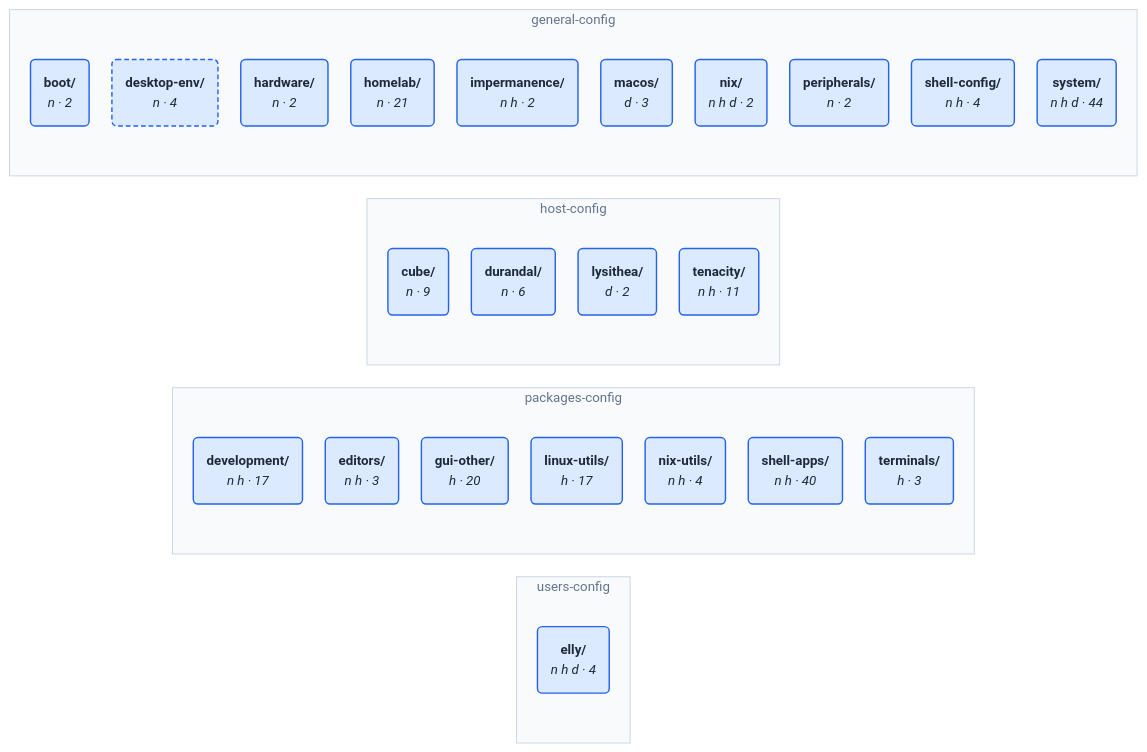
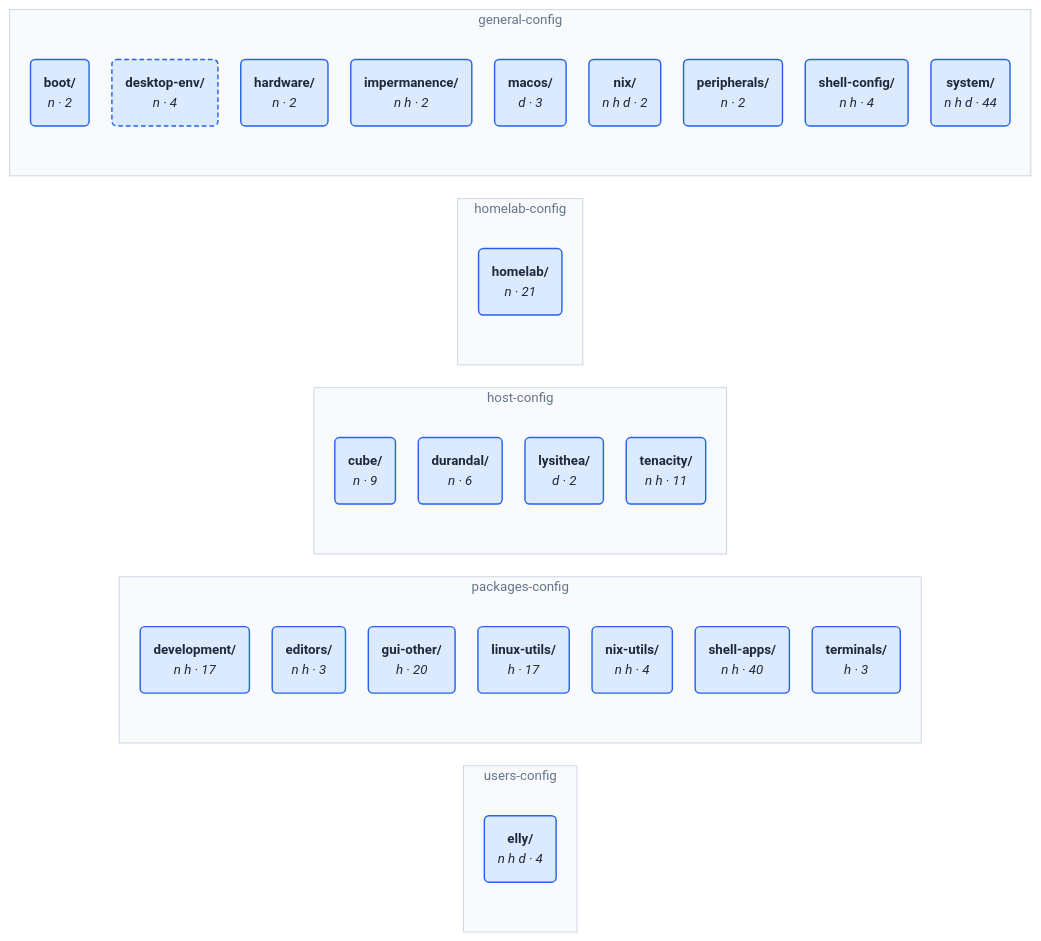
The diagram in wiki/architecture.md (NireBryce/nixos-configs), drawn with Mermaid before and after one commit. The commit also changed other lines of this file and 73 other files, not shown here.

````diff
--- a/wiki/architecture.md
+++ b/wiki/architecture.md
@@ -101,49 +101,52 @@
 ```mermaid
 %%{init: {"theme": "base", "themeVariables": {"fontFamily": "ui-sans-serif, system-ui, sans-serif", "fontSize": "14px", "lineColor": "#94a3b8"}, "flowchart": {"curve": "basis", "nodeSpacing": 24, "rankSpacing": 80, "padding": 14}}}%%
 flowchart LR
     subgraph g0["users-config"]
-        n25("<b>elly/</b><br/><i>n h d · 4</i>")
+        n26("<b>elly/</b><br/><i>n h d · 4</i>")
     end
     subgraph g1["packages-config"]
-        n18("<b>development/</b><br/><i>n h · 17</i>")
-        n19("<b>editors/</b><br/><i>n h · 3</i>")
-        n20("<b>gui-other/</b><br/><i>h · 20</i>")
-        n21("<b>linux-utils/</b><br/><i>h · 17</i>")
-        n22("<b>nix-utils/</b><br/><i>n h · 4</i>")
-        n23("<b>shell-apps/</b><br/><i>n h · 40</i>")
-        n24("<b>terminals/</b><br/><i>h · 3</i>")
+        n19("<b>development/</b><br/><i>n h · 17</i>")
+        n20("<b>editors/</b><br/><i>n h · 3</i>")
+        n21("<b>gui-other/</b><br/><i>h · 20</i>")
+        n22("<b>linux-utils/</b><br/><i>h · 17</i>")
+        n23("<b>nix-utils/</b><br/><i>n h · 4</i>")
+        n24("<b>shell-apps/</b><br/><i>n h · 40</i>")
+        n25("<b>terminals/</b><br/><i>h · 3</i>")
     end
     subgraph g2["host-config"]
-        n14("<b>cube/</b><br/><i>n · 9</i>")
-        n15("<b>durandal/</b><br/><i>n · 6</i>")
-        n16("<b>lysithea/</b><br/><i>d · 2</i>")
-        n17("<b>tenacity/</b><br/><i>n h · 11</i>")
+        n15("<b>cube/</b><br/><i>n · 9</i>")
+        n16("<b>durandal/</b><br/><i>n · 6</i>")
+        n17("<b>lysithea/</b><br/><i>d · 2</i>")
+        n18("<b>tenacity/</b><br/><i>n h · 11</i>")
     end
-    subgraph g3["general-config"]
-        n4("<b>boot/</b><br/><i>n · 2</i>")
-        n5("<b>desktop-env/</b><br/><i>n · 4</i>")
-        n6("<b>hardware/</b><br/><i>n · 2</i>")
-        n7("<b>homelab/</b><br/><i>n · 21</i>")
+    subgraph g3["homelab-config"]
+        n14("<b>homelab/</b><br/><i>n · 21</i>")
+    end
+    subgraph g4["general-config"]
+        n5("<b>boot/</b><br/><i>n · 2</i>")
+        n6("<b>desktop-env/</b><br/><i>n · 4</i>")
+        n7("<b>hardware/</b><br/><i>n · 2</i>")
         n8("<b>impermanence/</b><br/><i>n h · 2</i>")
         n9("<b>macos/</b><br/><i>d · 3</i>")
         n10("<b>nix/</b><br/><i>n h d · 2</i>")
         n11("<b>peripherals/</b><br/><i>n · 2</i>")
         n12("<b>shell-config/</b><br/><i>n h · 4</i>")
         n13("<b>system/</b><br/><i>n h d · 44</i>")
     end
     style g0 fill:#f8fafc,stroke:#cbd5e1,color:#64748b
     style g1 fill:#f8fafc,stroke:#cbd5e1,color:#64748b
     style g2 fill:#f8fafc,stroke:#cbd5e1,color:#64748b
     style g3 fill:#f8fafc,stroke:#cbd5e1,color:#64748b
+    style g4 fill:#f8fafc,stroke:#cbd5e1,color:#64748b
     classDef area fill:#f8fafc,stroke:#cbd5e1,color:#1e293b,stroke-width:1.5px
     classDef category fill:#dbeafe,stroke:#2563eb,color:#1e293b,stroke-width:1.5px
     classDef folder fill:#f1f5f9,stroke:#94a3b8,color:#1e293b,stroke-width:1.5px
     classDef module fill:#ffffff,stroke:#94a3b8,color:#1e293b,stroke-width:1.5px
     classDef aggregate fill:#ffffff,stroke:#f59e0b,color:#1e293b,stroke-width:1.5px
     classDef missing fill:#fee2e2,stroke:#ef4444,color:#1e293b,stroke-width:1.5px
     classDef orphan fill:#fff1f2,stroke:#e11d48,color:#1e293b,stroke-width:2.5px
     classDef bymodule stroke-dasharray:5 3
     classDef merges stroke:#e11d48,stroke-width:2.5px
-    class n4,n5,n6,n7,n8,n9,n10,n11,n12,n13,n14,n15,n16,n17,n18,n19,n20,n21,n22,n23,n24,n25 category
-    class n5 bymodule
+    class n5,n6,n7,n8,n9,n10,n11,n12,n13,n14,n15,n16,n17,n18,n19,n20,n21,n22,n23,n24,n25,n26 category
+    class n6 bymodule
 ```
````
